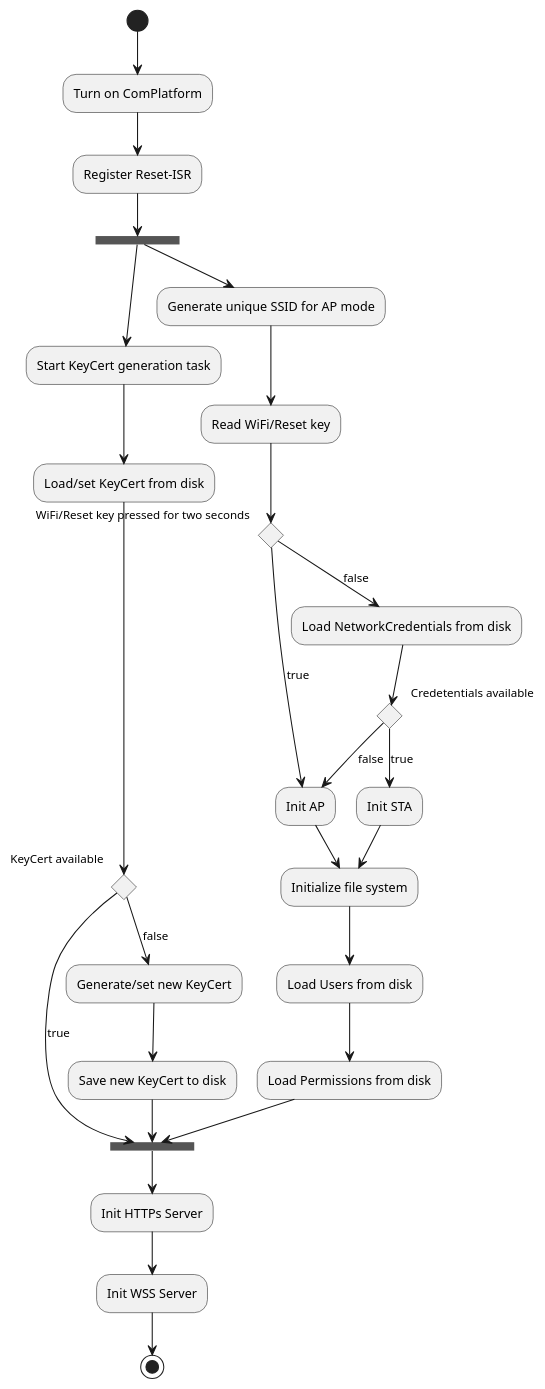
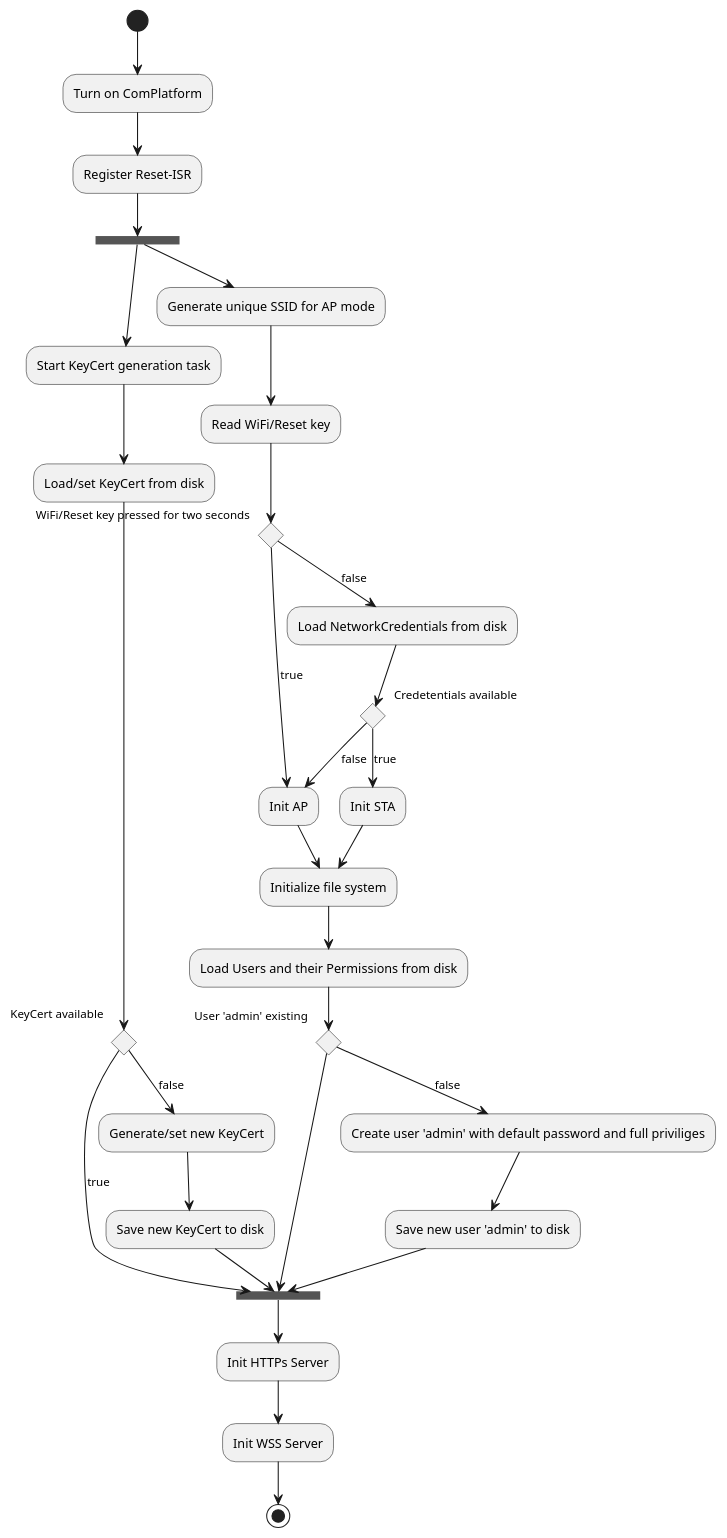
The diagram in doc/design/server/ActivityDiagrams/01_System_Init.plantuml (NewTec-GmbH/ZumoComSystem), drawn with PlantUML before and after one commit. The commit also changed 14 other files, not shown here.

```diff
--- a/doc/design/server/ActivityDiagrams/01_System_Init.plantuml
+++ b/doc/design/server/ActivityDiagrams/01_System_Init.plantuml
@@ -1,37 +1,44 @@
 @startuml
 (*) --> "Turn on ComPlatform"
 --> "Register Reset-ISR"
 --> === S1 ===
 --> "Start KeyCert generation task"
 --> "Load/set KeyCert from disk"
 
 if "KeyCert available" then
     --> [true] === S2 ===
 else 
     --> [false] "Generate/set new KeyCert"
     --> "Save new KeyCert to disk"
     --> === S2 ===
 endif
 
 === S1 === --> "Generate unique SSID for AP mode"
 --> "Read WiFi/Reset key"
 
 if "WiFi/Reset key pressed for two seconds" then
     --> [true] "Init AP" as initap
 else
     --> [false] "Load NetworkCredentials from disk"
     if "Credetentials available" then
         --> [true] "Init STA"
         --> "Initialize file system"
 else 
         --> [false] initap
 endif
 
 --> "Initialize file system"
---> "Load Users from disk"
---> "Load Permissions from disk"
+--> "Load Users and their Permissions from disk"
+
+if "User 'admin' existing" then
+    --> === S2 ===
+else
+    --> [false] "Create user 'admin' with default password and full priviliges"
+    --> "Save new user 'admin' to disk"
+endif
+
 --> === S2 ===
 --> "Init HTTPs Server"
 --> "Init WSS Server"
 --> (*)
 @enduml
```
